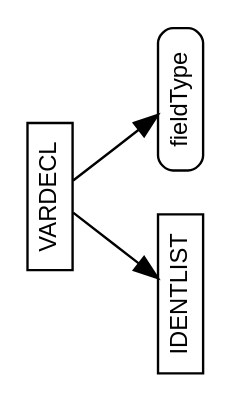
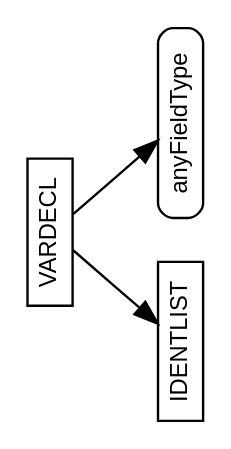
Before and after one commit to m2sf/M2-AST-Node-Diagrams: the diagram in vardecl.dot, drawn with Graphviz.

```diff
--- a/vardecl.dot
+++ b/vardecl.dot
@@ -1,62 +1,62 @@
 /* AST node diagram generator script collection for M2C, M2J and M2Sharp.
  *
  * Copyright (c) 2016 The Modula-2 Software Foundation
  *
  * Author & Maintainer: Benjamin Kowarsch <org.m2sf>
  *
  * @synopsis
  *
  * The M2C, M2J and M2Sharp compilers are multi-dialect Modula-2 translators
  * and compilers respectively targeting C99, Java/JVM and C#/CLR, sharing a
  * common abstract syntax tree (AST) specification.
  *
  * The AST node diagram generator script collection consists of Graphviz DOT
  * descriptions for all AST node types of the common AST specification.
  *
  * The Graphviz dot utility is required to generate the diagrams. 
  * It may be obtained from http://www.graphviz.org/download.php.
  *
  * @repository
  *
  * https://github.com/m2sf/m2-ast-node-diagrams
  *
  * @file
  *
  * vardecl.dot
  *
  * VARDECL node diagram.
  *
  * Usage: $ dot vardecl.dot -Tps > vardecl.ps
  *
  * @license
  *
  * This is free software: you can redistribute and/or modify it under the
  * terms of the GNU Lesser General Public License (LGPL) either version 2.1
  * or at your choice version 3 as published by the Free Software Foundation.
  * However, you may not alter the copyright, author and license information.
  *
  * It is distributed in the hope that it will be useful,  but WITHOUT
  * ANY WARRANTY; without even the implied warranty of MERCHANTABILITY or
  * FITNESS FOR A PARTICULAR PURPOSE.  Read the license for more details.
  *
  * You should have received a copy of the GNU Lesser General Public License.
  * If not, see <https://www.gnu.org/copyleft/lesser.html>.
  *
  * NB: Components in the domain part of email addresses are in reverse order.
  */
 
 /*** VARDECL Node ***/
 
 digraph VARDECL {
   graph [orientation=landscape,fontname=helvetica];
   node [fontname=helvetica,fontsize=10,shape=box,height=0.25];
   
   node [style=solid];
   edge [arrowhead=normal];
   
   VARDECL -> { id0 id1 };
   id0 [label="IDENTLIST"];
-  id1 [label="fieldType",style=rounded];
+  id1 [label="anyFieldType",style=rounded];
 }
 
 /* END OF FILE */
```
